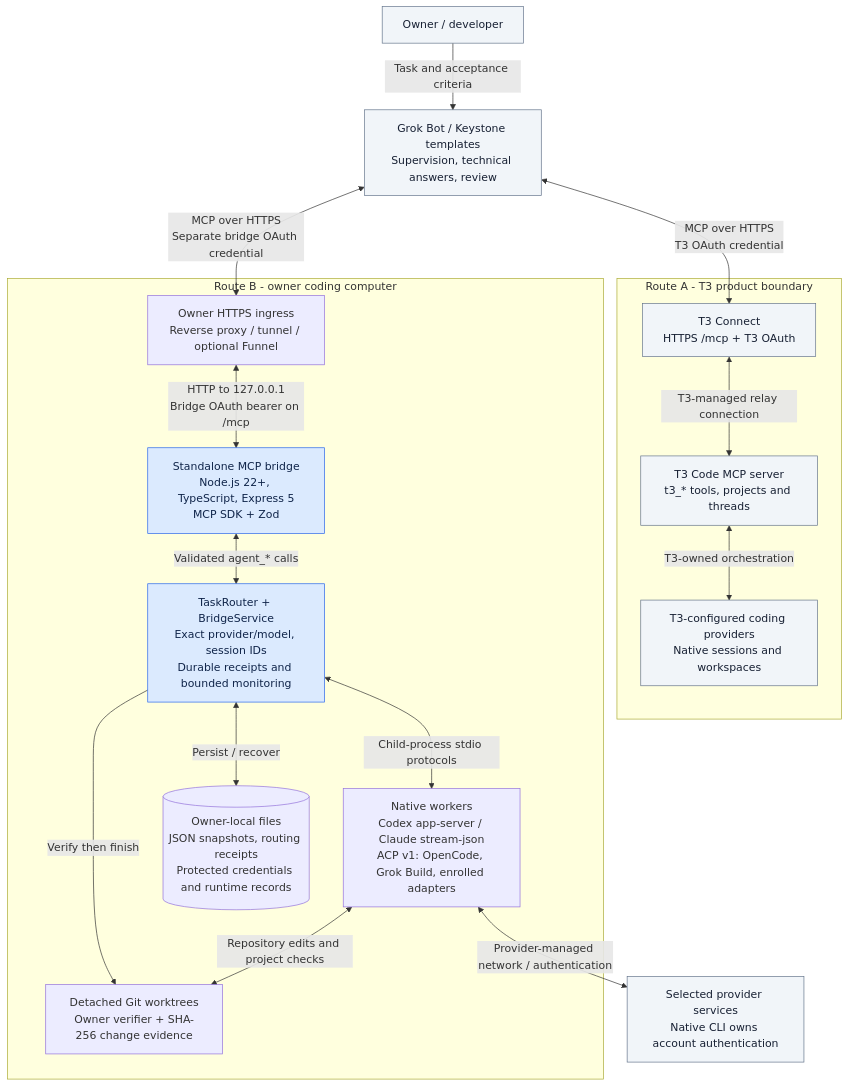
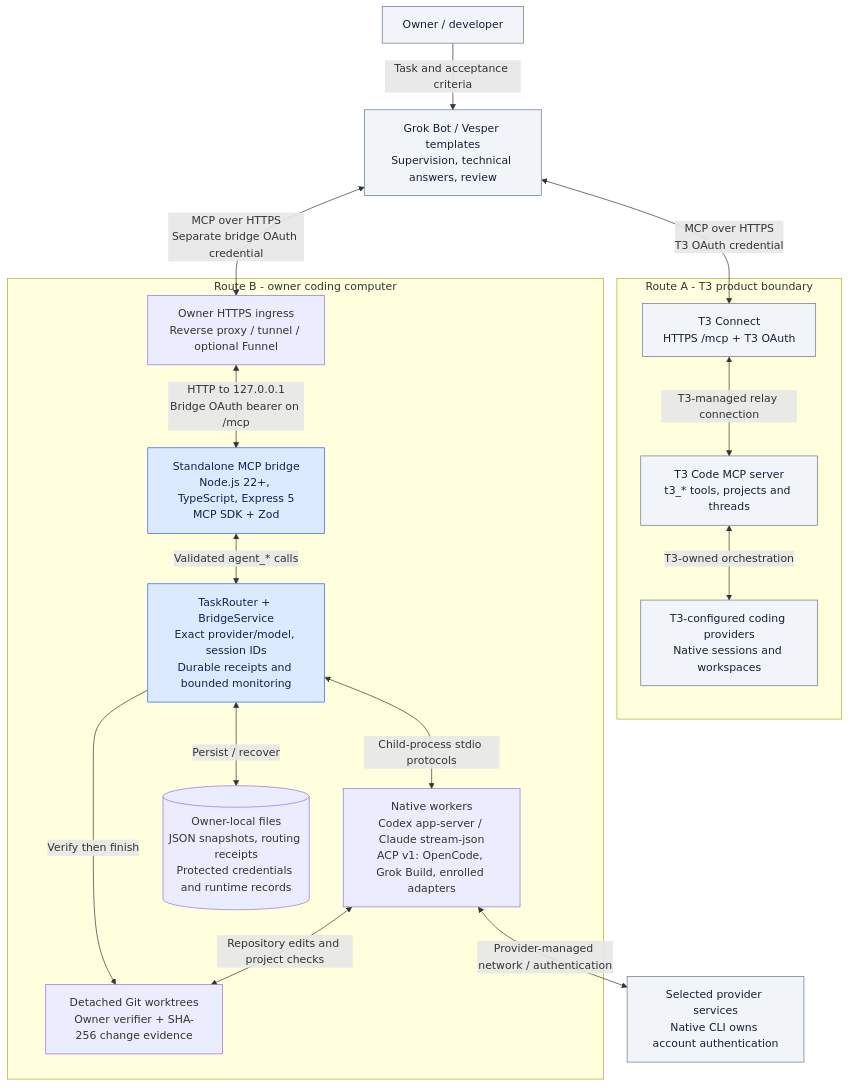
One commit to Vedant817/vesper-grok-bot-bridge changed the diagram in README.md. Above: the diagram before and after it, drawn with Mermaid. The commit also changed other lines of this file and 18 other files, not shown here.

Commit message:
docs: rebrand as Vesper Grok Bot Bridge

````diff
--- a/README.md
+++ b/README.md
@@ -24,34 +26,34 @@
 ```mermaid
 flowchart TB
   Owner["Owner / developer"]
-  Bot["Grok Bot / Keystone templates<br/>Supervision, technical answers, review"]
+  Bot["Grok Bot / Vesper templates<br/>Supervision, technical answers, review"]
   Owner -->|"Task and acceptance criteria"| Bot
   subgraph T3Route["Route A - T3 product boundary"]
     Relay["T3 Connect<br/>HTTPS /mcp + T3 OAuth"]
     T3["T3 Code MCP server<br/>t3_* tools, projects and threads"]
     T3Workers["T3-configured coding providers<br/>Native sessions and workspaces"]
     Relay <-->|"T3-managed relay connection"| T3
     T3 <-->|"T3-owned orchestration"| T3Workers
   end
   subgraph CLIRoute["Route B - owner coding computer"]
     Gateway["Owner HTTPS ingress<br/>Reverse proxy / tunnel / optional Funnel"]
     Bridge["Standalone MCP bridge<br/>Node.js 22+, TypeScript, Express 5<br/>MCP SDK + Zod"]
     Router["TaskRouter + BridgeService<br/>Exact provider/model, session IDs<br/>Durable receipts and bounded monitoring"]
     Native["Native workers<br/>Codex app-server / Claude stream-json<br/>ACP v1: OpenCode, Grok Build, enrolled adapters"]
     Work["Detached Git worktrees<br/>Owner verifier + SHA-256 change evidence"]
     State[("Owner-local files<br/>JSON snapshots, routing receipts<br/>Protected credentials and runtime records")]
     Gateway <-->|"HTTP to 127.0.0.1<br/>Bridge OAuth bearer on /mcp"| Bridge
     Bridge <-->|"Validated agent_* calls"| Router
     Router <-->|"Child-process stdio protocols"| Native
     Native <-->|"Repository edits and project checks"| Work
     Router <-->|"Persist / recover"| State
     Router -->|"Verify then finish"| Work
   end
   Bot <-->|"MCP over HTTPS<br/>T3 OAuth credential"| Relay
   Bot <-->|"MCP over HTTPS<br/>Separate bridge OAuth credential"| Gateway
   Native <-->|"Provider-managed network / authentication"| APIs["Selected provider services<br/>Native CLI owns account authentication"]
   classDef core fill:#dbeafe,stroke:#2563eb,color:#10254a
   classDef external fill:#f1f5f9,stroke:#64748b,color:#172033
   class Bridge,Router core
   class Owner,Bot,APIs,Relay,T3,T3Workers external
 ```
````
